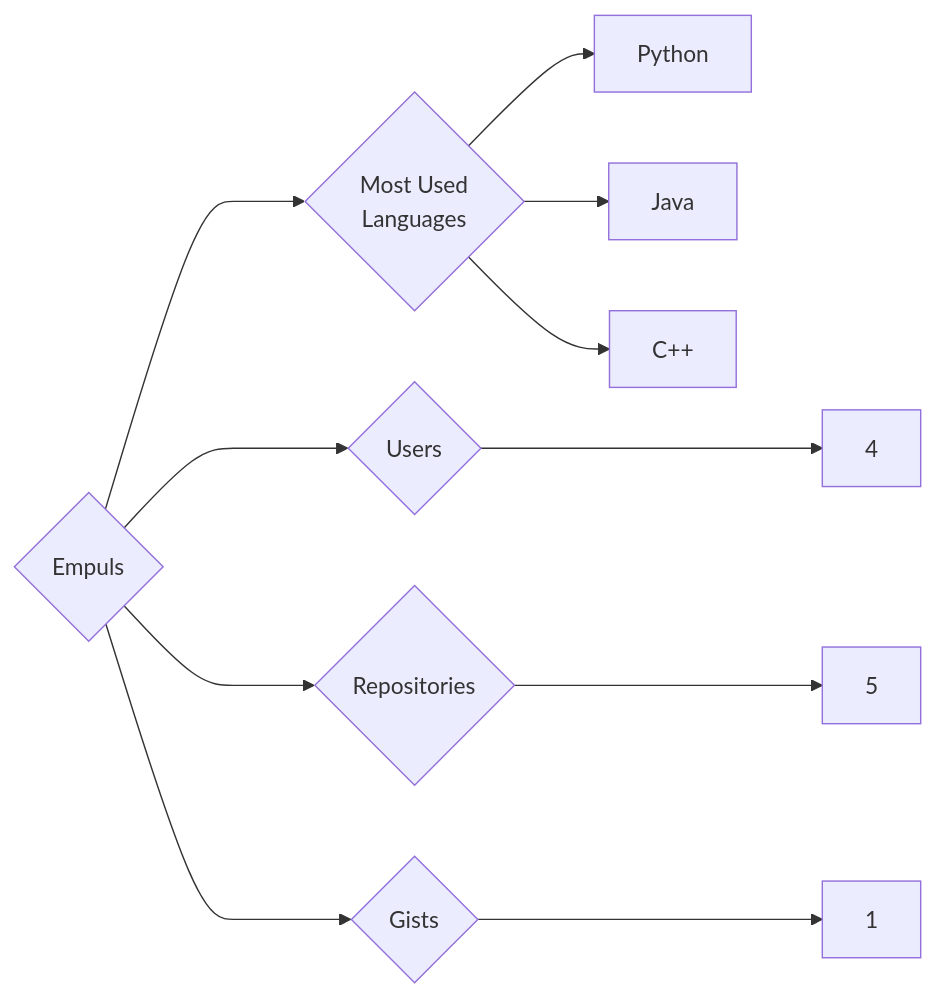
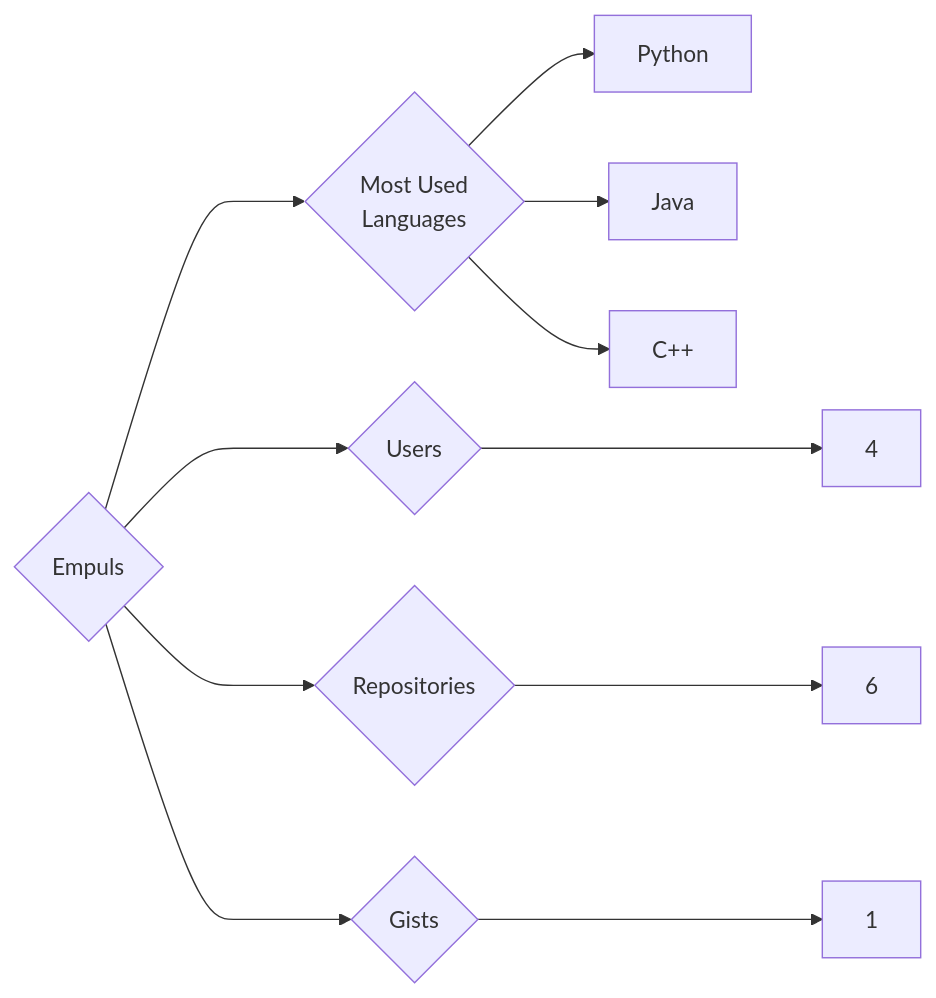
Before and after one commit to trickest/insiders: the diagram in targets/Empuls/README.md, drawn with Mermaid. The commit also changed 1055 other files, not shown here.

````diff
--- a/targets/Empuls/README.md
+++ b/targets/Empuls/README.md
@@ -3,11 +3,11 @@
 ```mermaid
 graph LR
 COMPANY_NAME{Empuls}
 COMPANY_NAME ---> U{Users} ---> UN[4]
-COMPANY_NAME ---> R{Repositories} ---> RN[5]
+COMPANY_NAME ---> R{Repositories} ---> RN[6]
 COMPANY_NAME ---> G{Gists} ---> GN[1]
 COMPANY_NAME ---> ML{Most Used<br>Languages}
 ML --> Python[Python]
 ML --> Java[Java]
 ML --> C++[C++]
 ```
````
